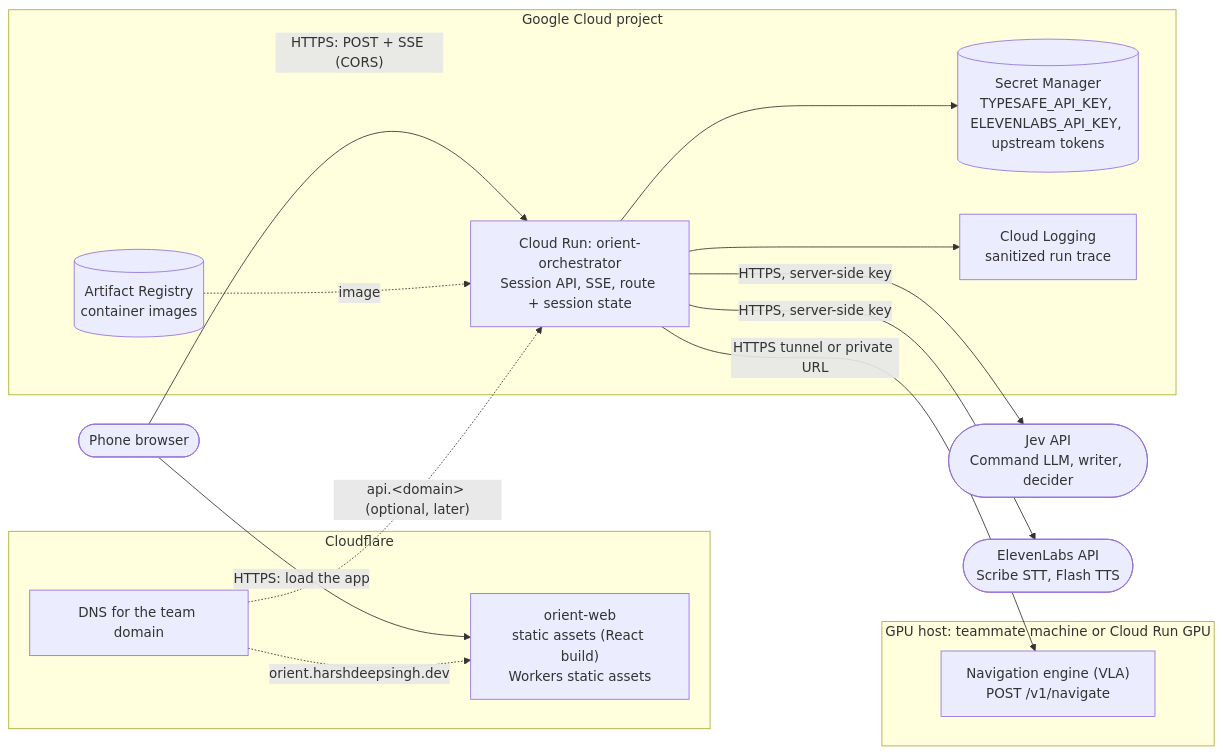
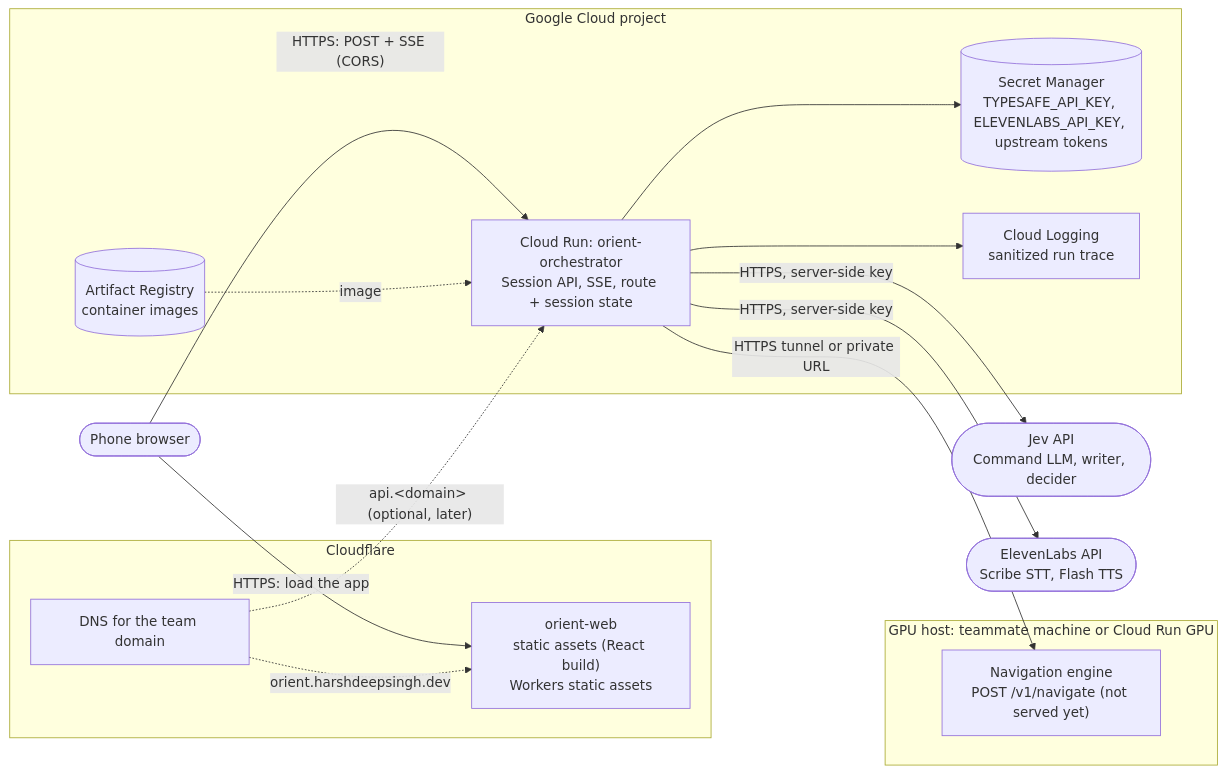
The first of 2 diagrams in docs/deployment.md (tungsten-united/project-description), drawn with Mermaid before and after one commit. The commit also changed other lines of this file and 3 other files, not shown here.

First line of the commit message:
Docs: navigation engine is nav-engine (map-based), not a VLA

````diff
--- a/docs/deployment.md
+++ b/docs/deployment.md
@@ -7,34 +7,34 @@
 ```mermaid
 flowchart LR
   user(["Phone browser"])
 
   subgraph cf["Cloudflare"]
     assets["orient-web<br/>static assets (React build)<br/>Workers static assets"]
     dns["DNS for the team domain"]
   end
 
   subgraph gcp["Google Cloud project"]
     run["Cloud Run: orient-orchestrator<br/>Session API, SSE, route + session state"]
     sm[("Secret Manager<br/>TYPESAFE_API_KEY, ELEVENLABS_API_KEY, upstream tokens")]
     ar[("Artifact Registry<br/>container images")]
     log["Cloud Logging<br/>sanitized run trace"]
   end
 
   subgraph venue["GPU host: teammate machine or Cloud Run GPU"]
-    vla["Navigation engine (VLA)<br/>POST /v1/navigate"]
+    vla["Navigation engine<br/>POST /v1/navigate (not served yet)"]
   end
 
   jev(["Jev API<br/>Command LLM, writer, decider"])
   el(["ElevenLabs API<br/>Scribe STT, Flash TTS"])
 
   user -->|"HTTPS: load the app"| assets
   user -->|"HTTPS: POST + SSE (CORS)"| run
   dns -.->|"orient.harshdeepsingh.dev"| assets
   dns -.->|"api.&lt;domain&gt; (optional, later)"| run
   run --> sm
   run --> log
   ar -.->|"image"| run
   run -->|"HTTPS tunnel or private URL"| vla
   run -->|"HTTPS, server-side key"| jev
   run -->|"HTTPS, server-side key"| el
 ```
````
